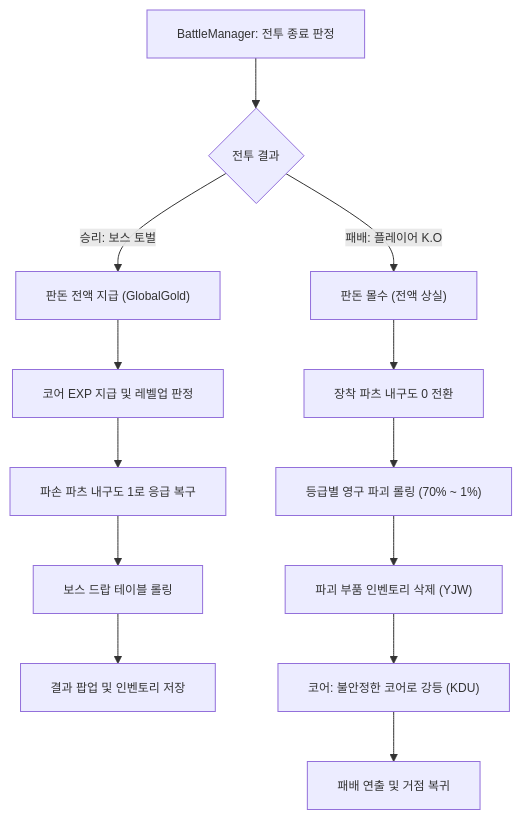
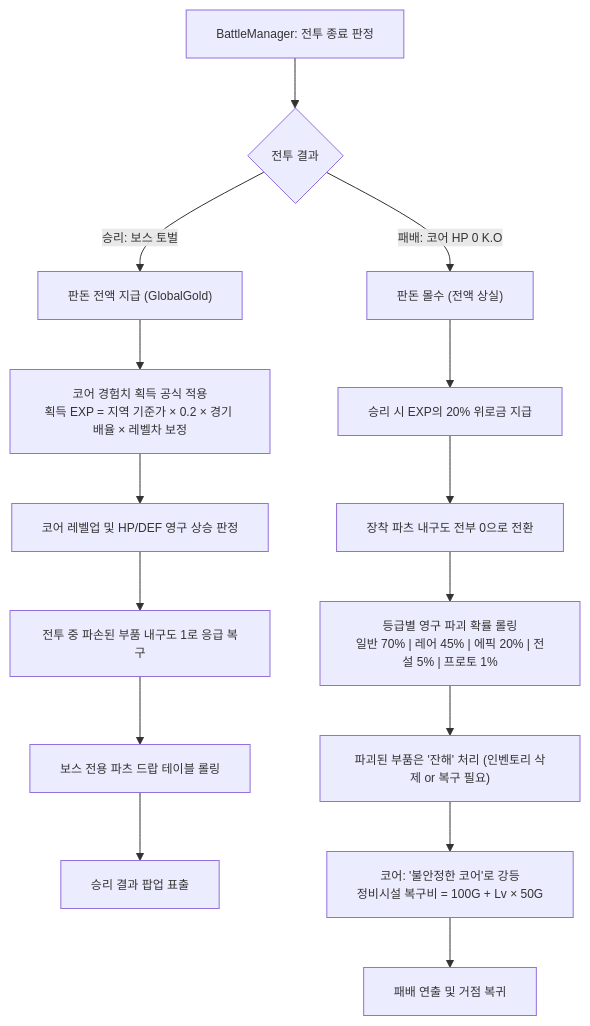
One commit to Kimdoeon52/2026_Com2us_Project changed the fifth of 5 diagrams in Assets/KKH/06.Document/BattleManager_Architecture.md. Above: the diagram before and after it, drawn with Mermaid. The commit also changed other lines of this file and 1 other file, not shown here.

First line of the commit message:
[feat] 전투 정산 내구도 영구 연동 반영

````diff
--- a/Assets/KKH/06.Document/BattleManager_Architecture.md
+++ b/Assets/KKH/06.Document/BattleManager_Architecture.md
@@ -478,18 +669,20 @@
 ```mermaid
 %%{init: {'themeVariables': { 'fontSize': '12px' }}}%%
 flowchart TD
     EndTrigger["BattleManager: 전투 종료 판정"] --> ResultCheck{"전투 결과"}
 
-    ResultCheck -->|"승리: 보스 토벌"| V1["판돈 전액 지급 (GlobalGold)"]
-    V1 --> V2["코어 EXP 지급 및 레벨업 판정"]
-    V2 --> V3["파손 파츠 내구도 1로 응급 복구"]
-    V3 --> V4["보스 드랍 테이블 롤링"]
-    V4 --> V_Notify["결과 팝업 및 인벤토리 저장"]
+    ResultCheck -->|"승리: 보스 토벌"| Win_Gold["판돈 전액 지급 (GlobalGold)"]
+    Win_Gold --> Win_Exp["코어 경험치 획득 공식 적용<br/>획득 EXP = 지역 기준가 × 0.2 × 경기 배율 × 레벨차 보정"]
+    Win_Exp --> Win_LevelUp["코어 레벨업 및 HP/DEF 영구 상승 판정"]
+    Win_LevelUp --> Win_Repair["전투 중 파손된 부품 내구도 1로 응급 복구"]
+    Win_Repair --> Win_Drop["보스 전용 파츠 드랍 테이블 롤링"]
+    Win_Drop --> Win_Popup["승리 결과 팝업 표출"]
 
-    ResultCheck -->|"패배: 플레이어 K.O"| D1["판돈 몰수 (전액 상실)"]
-    D1 --> D2["장착 파츠 내구도 0 전환"]
-    D2 --> D3["등급별 영구 파괴 롤링 (70% ~ 1%)"]
-    D3 --> D4["파괴 부품 인벤토리 삭제 (YJW)"]
-    D4 --> D5["코어: 불안정한 코어로 강등 (KDU)"]
-    D5 --> D_Notify["패배 연출 및 거점 복귀"]
+    ResultCheck -->|"패배: 코어 HP 0 K.O"| Lose_Gold["판돈 몰수 (전액 상실)"]
+    Lose_Gold --> Lose_Exp["승리 시 EXP의 20% 위로금 지급"]
+    Lose_Exp --> Lose_Durability["장착 파츠 내구도 전부 0으로 전환"]
+    Lose_Durability --> Lose_Roll["등급별 영구 파괴 확률 롤링<br/>일반 70% | 레어 45% | 에픽 20% | 전설 5% | 프로토 1%"]
+    Lose_Roll --> Lose_Scrap["파괴된 부품은 '잔해' 처리 (인벤토리 삭제 or 복구 필요)"]
+    Lose_Scrap --> Lose_Core["코어: '불안정한 코어'로 강등<br/>정비시설 복구비 = 100G + Lv × 50G"]
+    Lose_Core --> Lose_Popup["패배 연출 및 거점 복귀"]
 ```
````
